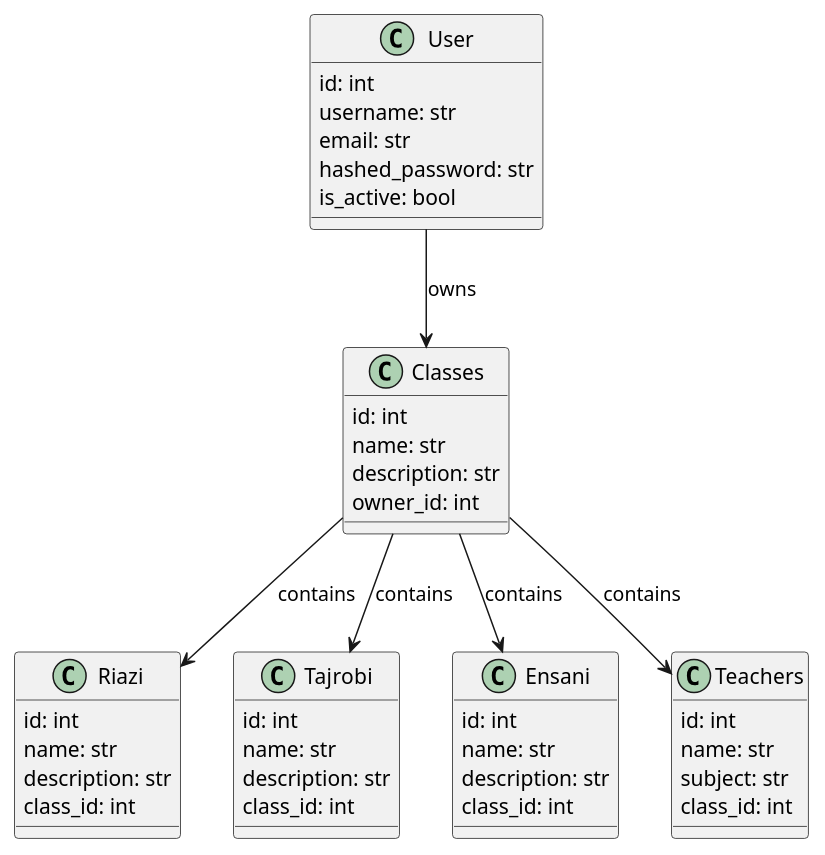
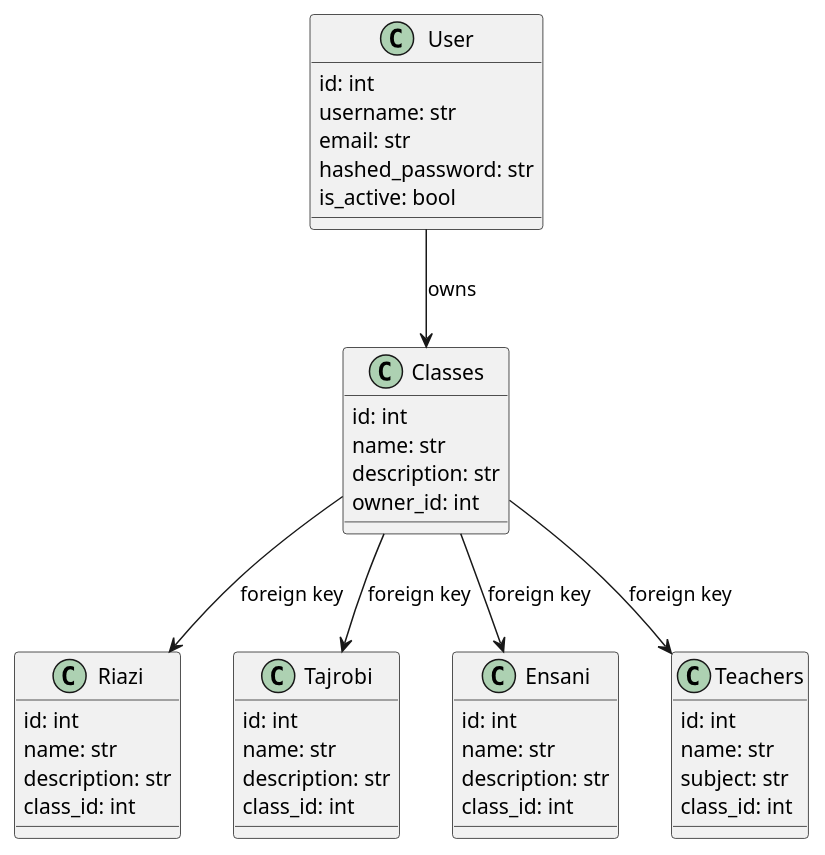
The diagram in university.plantuml (Ash-seah/university), drawn with PlantUML before and after one commit. The commit also changed 2 other files, not shown here.

```diff
--- a/university.plantuml
+++ b/university.plantuml
@@ -1,52 +1,52 @@
 @startuml
 
 class User {
     id: int
     username: str
     email: str
     hashed_password: str
     is_active: bool
 }
 
 class Classes {
     id: int
     name: str
     description: str
     owner_id: int
 }
 
 class Riazi {
     id: int
     name: str
     description: str
     class_id: int
 }
 
 class Tajrobi {
     id: int
     name: str
     description: str
     class_id: int
 }
 
 class Ensani {
     id: int
     name: str
     description: str
     class_id: int
 }
 
 class Teachers {
     id: int
     name: str
     subject: str
     class_id: int
 }
 
 User --> Classes : owns
-Classes --> Riazi : contains
-Classes --> Tajrobi : contains
-Classes --> Ensani : contains
-Classes --> Teachers : contains
+Classes --> Riazi : foreign key
+Classes --> Tajrobi : foreign key
+Classes --> Ensani : foreign key
+Classes --> Teachers : foreign key
 
 @enduml
```
